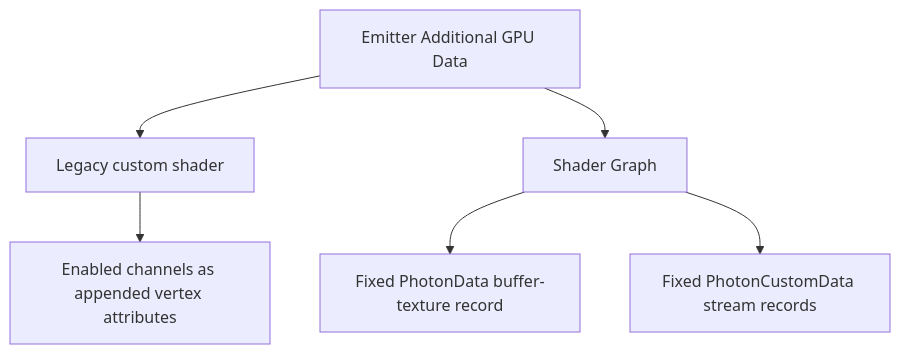
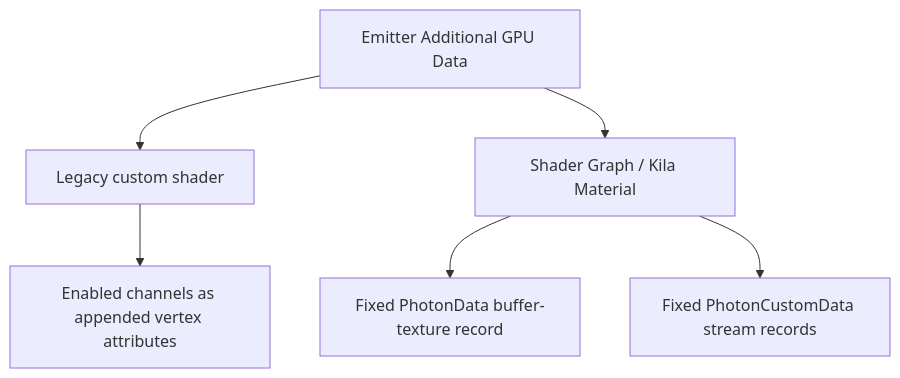
Before and after one commit to Low-Drag-MC/LowDragMC-Doc: the diagram in docs/en/photon2/shaders-and-gpu/vertex-formats-and-instancing.md, drawn with Mermaid. The commit also changed other lines of this file and 162 other files, not shown here.

````diff
--- a/docs/en/photon2/shaders-and-gpu/vertex-formats-and-instancing.md
+++ b/docs/en/photon2/shaders-and-gpu/vertex-formats-and-instancing.md
@@ -25,8 +39,8 @@
 ```mermaid
 flowchart TD
     S["Emitter Additional GPU Data"] --> L["Legacy custom shader"]
-    S --> G["Shader Graph"]
+    S --> G["Shader Graph / Kila Material"]
     L --> A["Enabled channels as appended vertex attributes"]
     G --> B["Fixed PhotonData buffer-texture record"]
     G --> C["Fixed PhotonCustomData stream records"]
 ```
````
